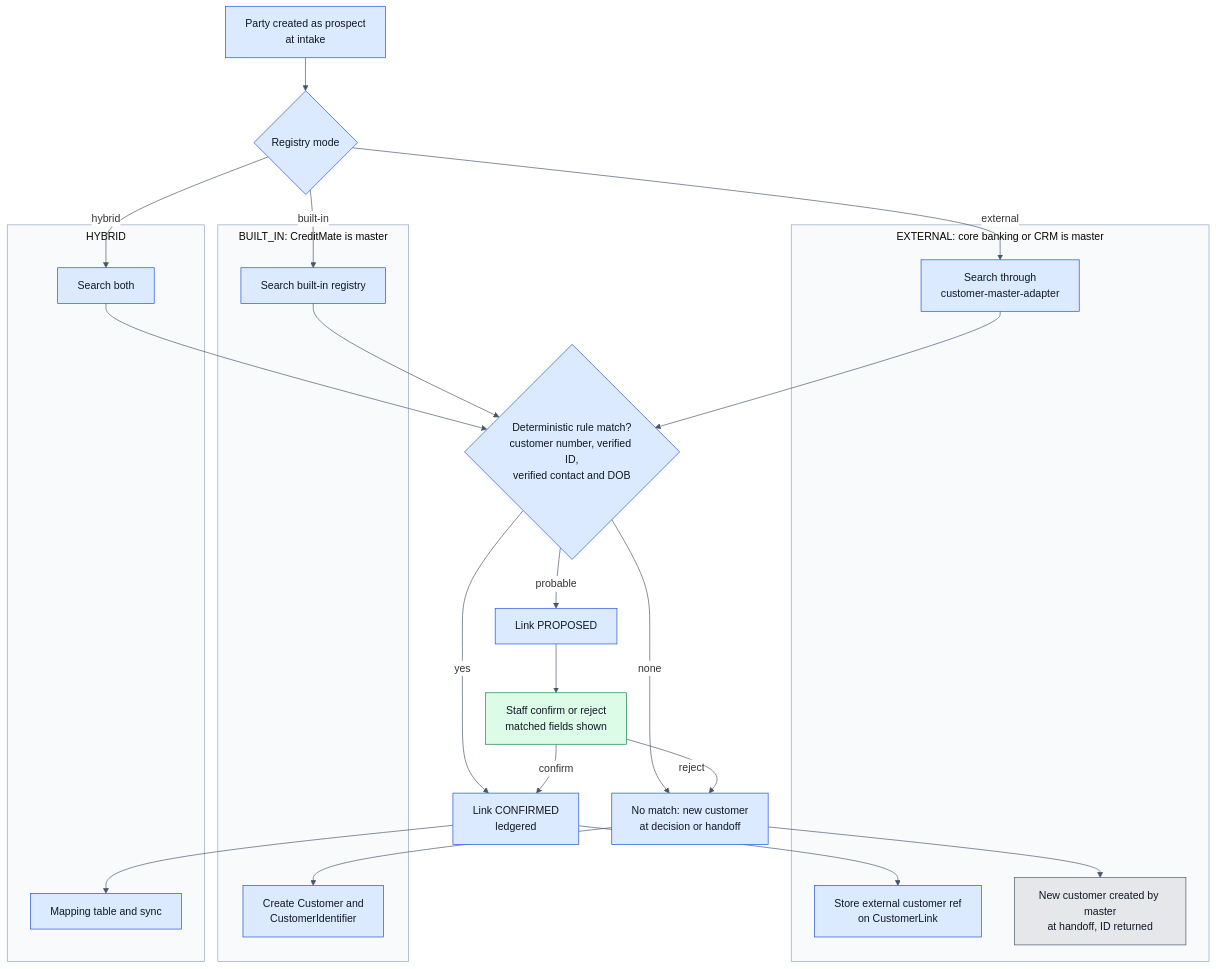
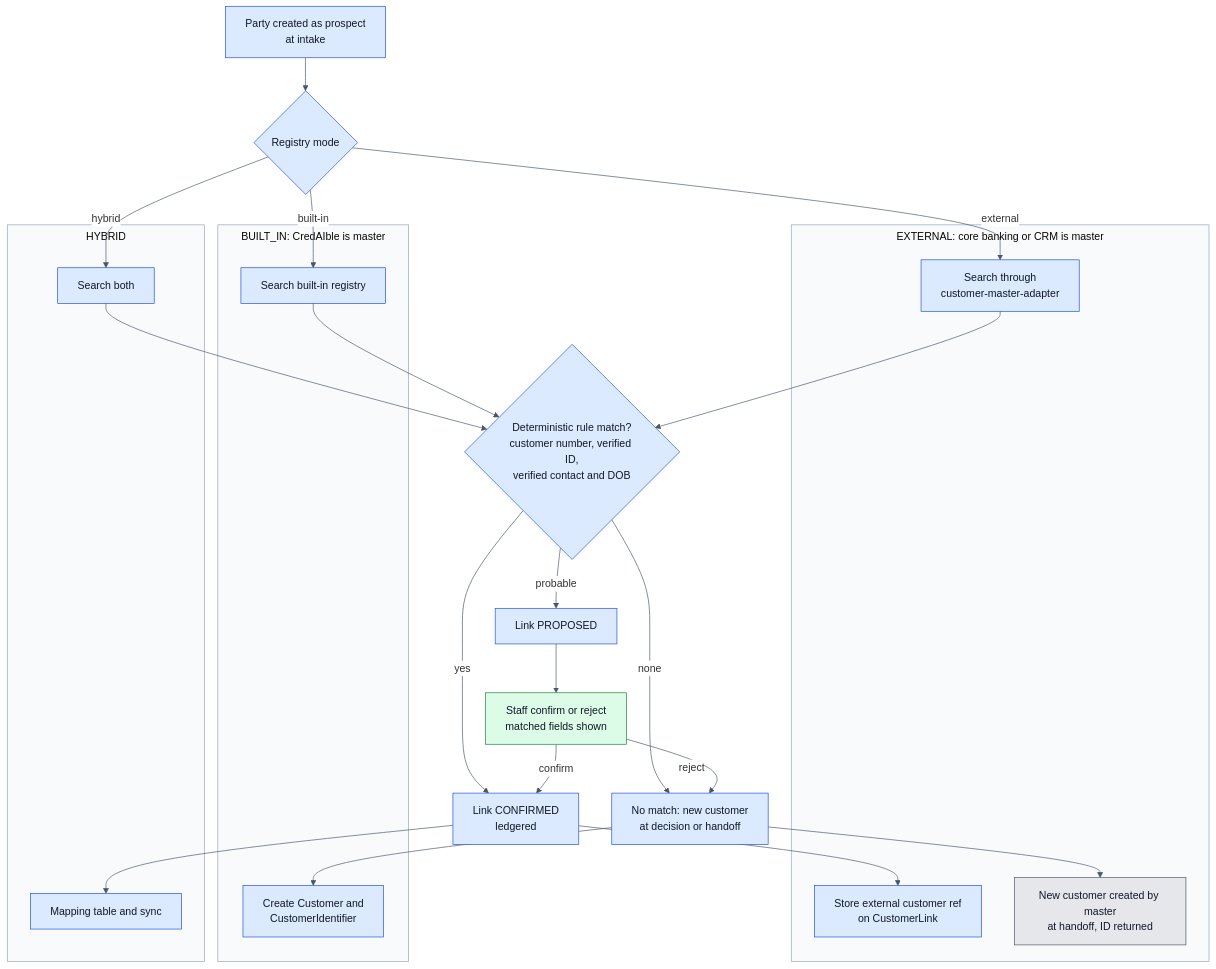
One commit to pradeepmittal04/creditmAIte changed diagram 11 of 15 in ARCHITECTURE_DIAGRAMS.md. Above: the diagram before and after it, drawn with Mermaid. The commit also changed other lines of this file and 14 other files, not shown here.

First line of the commit message:
Add technical design and rename product to CredAIble

````diff
--- a/ARCHITECTURE_DIAGRAMS.md
+++ b/ARCHITECTURE_DIAGRAMS.md
@@ -673,46 +673,46 @@
 ```mermaid
 %%{init: {'theme':'base','themeVariables':{'clusterBkg':'#f8fafc','clusterBorder':'#94a3b8','lineColor':'#475569','edgeLabelBackground':'#ffffff'},'flowchart':{'subGraphTitleMargin':{'top':6,'bottom':22}}}}%%
 flowchart TB
   P["Party created as prospect<br/>at intake"]:::core
   MODE{"Registry mode"}:::core
   P --> MODE
 
   subgraph EXTM["EXTERNAL: core banking or CRM is master"]
     E1["Search through<br/>customer-master-adapter"]:::core
     E2["Store external customer ref<br/>on CustomerLink"]:::core
     E3["New customer created by master<br/>at handoff, ID returned"]:::ext
   end
 
-  subgraph BLT["BUILT_IN: CreditMate is master"]
+  subgraph BLT["BUILT_IN: CredAIble is master"]
     B1["Search built-in registry"]:::core
     B2["Create Customer and<br/>CustomerIdentifier"]:::core
   end
 
   subgraph HYB["HYBRID"]
     H1["Search both"]:::core
     H2["Mapping table and sync"]:::core
   end
 
   MODE -->|"external"| E1
   MODE -->|"built-in"| B1
   MODE -->|"hybrid"| H1
 
   RULE{"Deterministic rule match?<br/>customer number, verified ID,<br/>verified contact and DOB"}:::core
   E1 --> RULE
   B1 --> RULE
   H1 --> RULE
   RULE -->|"yes"| CONF["Link CONFIRMED<br/>ledgered"]:::core
   RULE -->|"probable"| PROP["Link PROPOSED"]:::core
   RULE -->|"none"| NEW["No match: new customer<br/>at decision or handoff"]:::core
   PROP --> STAFF["Staff confirm or reject<br/>matched fields shown"]:::human
   STAFF -->|"confirm"| CONF
   STAFF -->|"reject"| NEW
   CONF --> E2
   NEW --> E3
   NEW --> B2
   CONF --> H2
 
   classDef core fill:#dbeafe,stroke:#1d4ed8,color:#111827
   classDef human fill:#dcfce7,stroke:#15803d,color:#111827
   classDef ext fill:#e5e7eb,stroke:#4b5563,color:#111827
 ```
````
